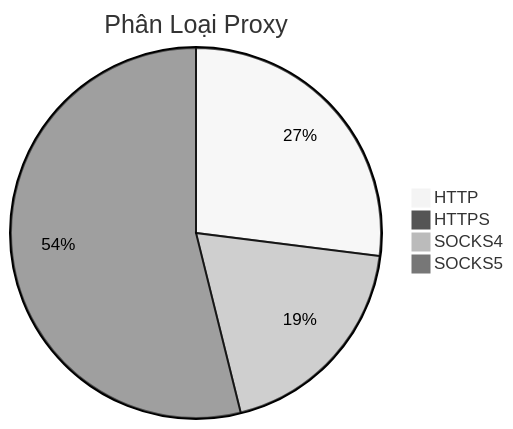
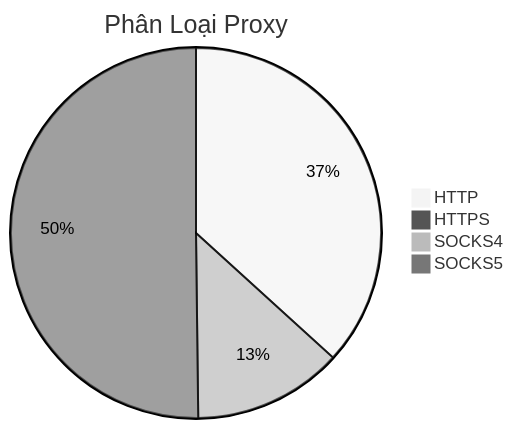
The diagram in README.md (Ciara-12/PROXY-free), drawn with Mermaid (neutral theme) before and after one commit. The commit also changed other lines of this file and 4 other files, not shown here.

````diff
--- a/README.md
+++ b/README.md
@@ -26,7 +26,7 @@
 ```mermaid
 pie title Phân Loại Proxy
-    "HTTP" : 285
-    "HTTPS" : 1
-    "SOCKS4" : 202
-    "SOCKS5" : 569
+    "HTTP" : 571
+    "HTTPS" : 3
+    "SOCKS4" : 203
+    "SOCKS5" : 780
 ```
````
